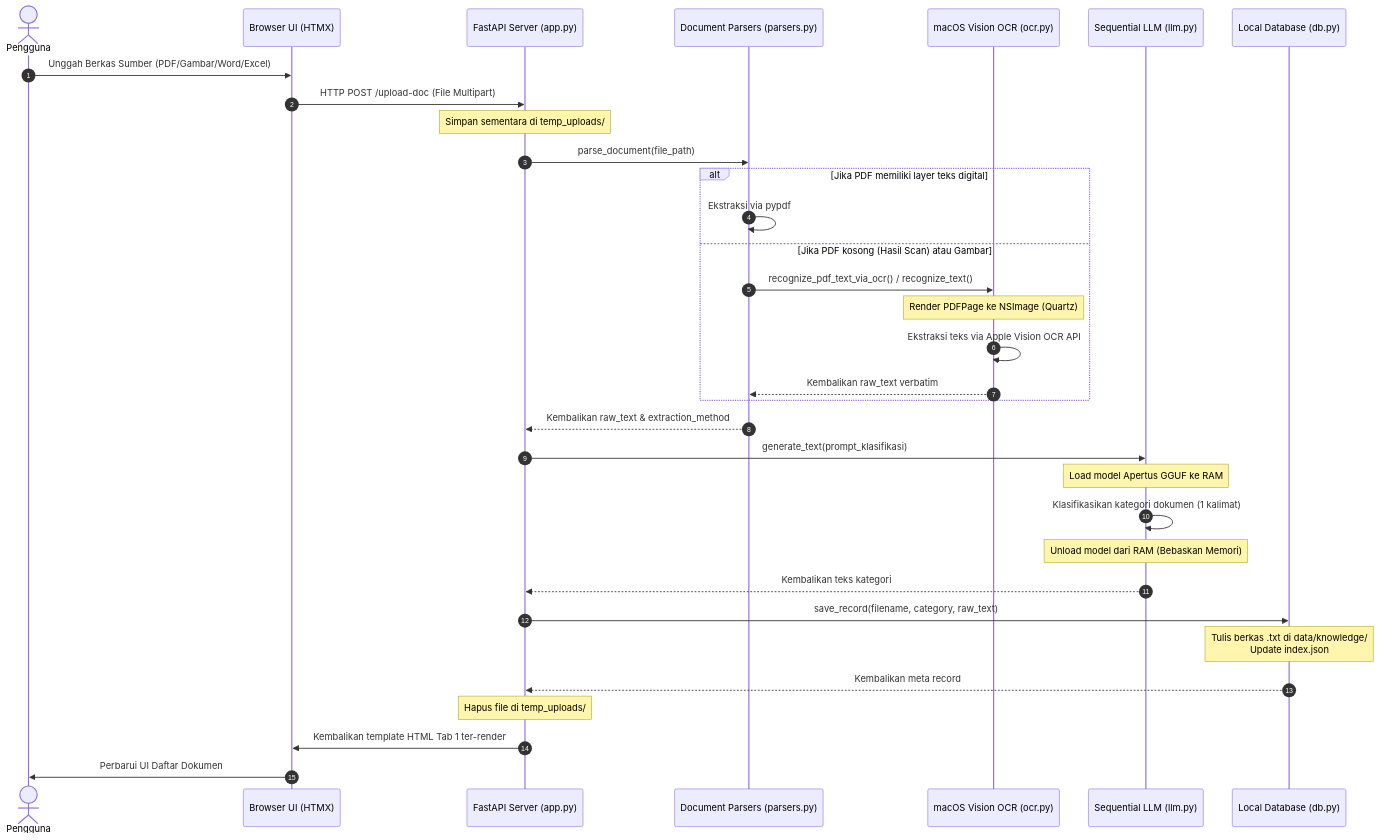
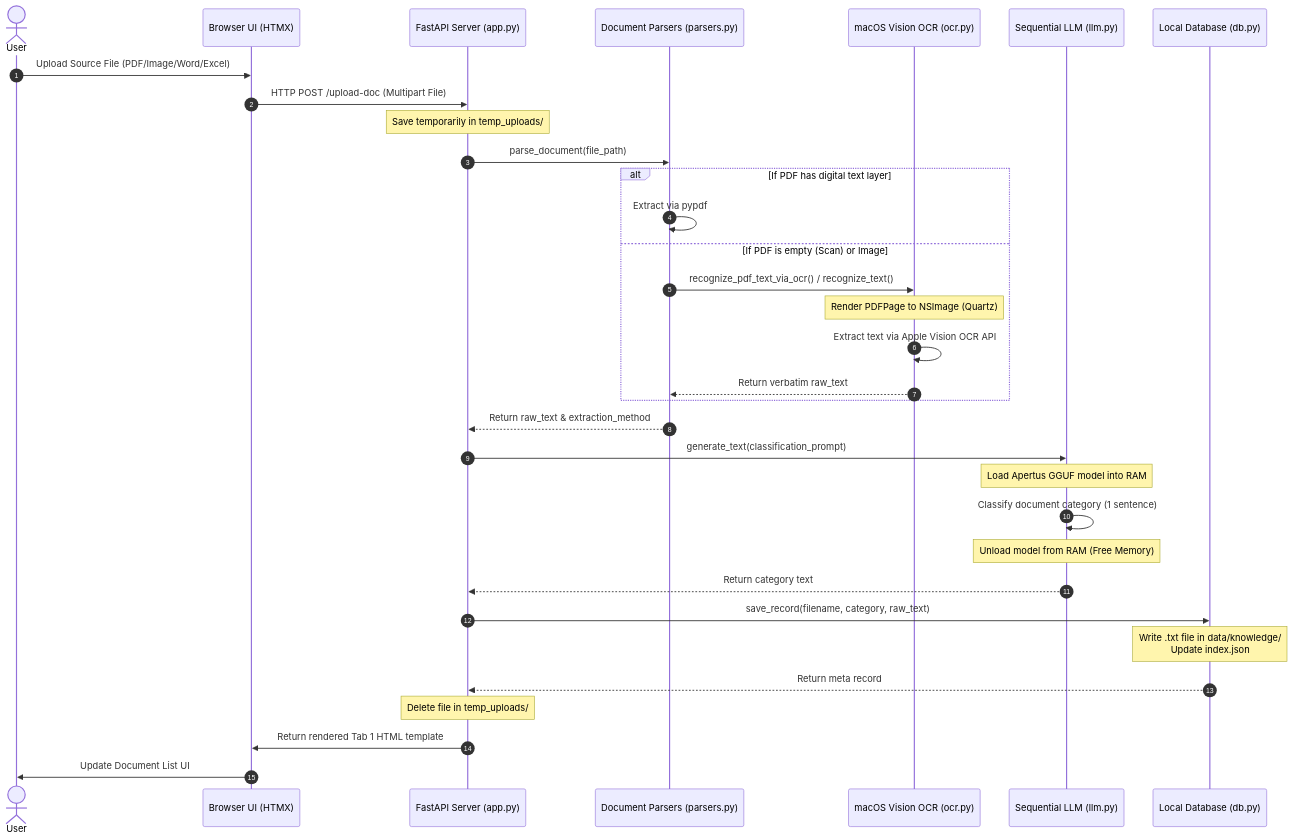
Before and after one commit to VhalennnG/arc43: the first of 2 diagrams in README.md, drawn with Mermaid. The commit also changed other lines of this file, not shown here.

Commit message:
docs: translate README.md to English and fix Mermaid syntax errors

````diff
--- a/README.md
+++ b/README.md
@@ -53,42 +53,42 @@
 ```mermaid
 sequenceDiagram
     autonumber
-    actor User as Pengguna
+    actor User as User
     participant UI as Browser UI (HTMX)
     participant App as FastAPI Server (app.py)
     participant Pars as Document Parsers (parsers.py)
     participant OCR as macOS Vision OCR (ocr.py)
     participant LLM as Sequential LLM (llm.py)
     participant DB as Local Database (db.py)
 
-    User->>UI: Unggah Berkas Sumber (PDF/Gambar/Word/Excel)
-    UI->>App: HTTP POST /upload-doc (File Multipart)
-    Note over App: Simpan sementara di temp_uploads/
+    User->>UI: Upload Source File (PDF/Image/Word/Excel)
+    UI->>App: HTTP POST /upload-doc (Multipart File)
+    Note over App: Save temporarily in temp_uploads/
 
     App->>Pars: parse_document(file_path)
 
-    alt Jika PDF memiliki layer teks digital
-        Pars->>Pars: Ekstraksi via pypdf
-    else Jika PDF kosong (Hasil Scan) atau Gambar
+    alt If PDF has digital text layer
+        Pars->>Pars: Extract via pypdf
+    else If PDF is empty (Scan) or Image
         Pars->>OCR: recognize_pdf_text_via_ocr() / recognize_text()
-        Note over OCR: Render PDFPage ke NSImage (Quartz)
-        OCR->>OCR: Ekstraksi teks via Apple Vision OCR API
-        OCR-->>Pars: Kembalikan raw_text verbatim
+        Note over OCR: Render PDFPage to NSImage (Quartz)
+        OCR->>OCR: Extract text via Apple Vision OCR API
+        OCR-->>Pars: Return verbatim raw_text
     end
 
-    Pars-->>App: Kembalikan raw_text & extraction_method
+    Pars-->>App: Return raw_text & extraction_method
 
-    App->>LLM: generate_text(prompt_klasifikasi)
-    Note over LLM: Load model Apertus GGUF ke RAM
-    LLM->>LLM: Klasifikasikan kategori dokumen (1 kalimat)
-    Note over LLM: Unload model dari RAM (Bebaskan Memori)
-    LLM-->>App: Kembalikan teks kategori
+    App->>LLM: generate_text(classification_prompt)
+    Note over LLM: Load Apertus GGUF model into RAM
+    LLM->>LLM: Classify document category (1 sentence)
+    Note over LLM: Unload model from RAM (Free Memory)
+    LLM-->>App: Return category text
 
     App->>DB: save_record(filename, category, raw_text)
-    Note over DB: Tulis berkas .txt di data/knowledge/<br/>Update index.json
-    DB-->>App: Kembalikan meta record
+    Note over DB: Write .txt file in data/knowledge/<br/>Update index.json
+    DB-->>App: Return meta record
 
-    Note over App: Hapus file di temp_uploads/
-    App->>UI: Kembalikan template HTML Tab 1 ter-render
-    UI->>User: Perbarui UI Daftar Dokumen
+    Note over App: Delete file in temp_uploads/
+    App->>UI: Return rendered Tab 1 HTML template
+    UI->>User: Update Document List UI
 ```
````
